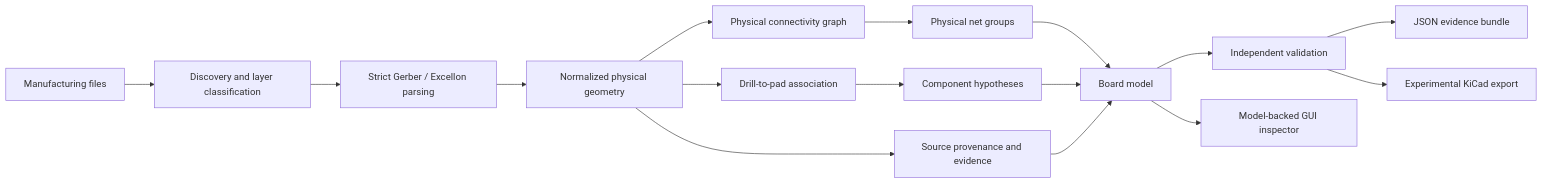
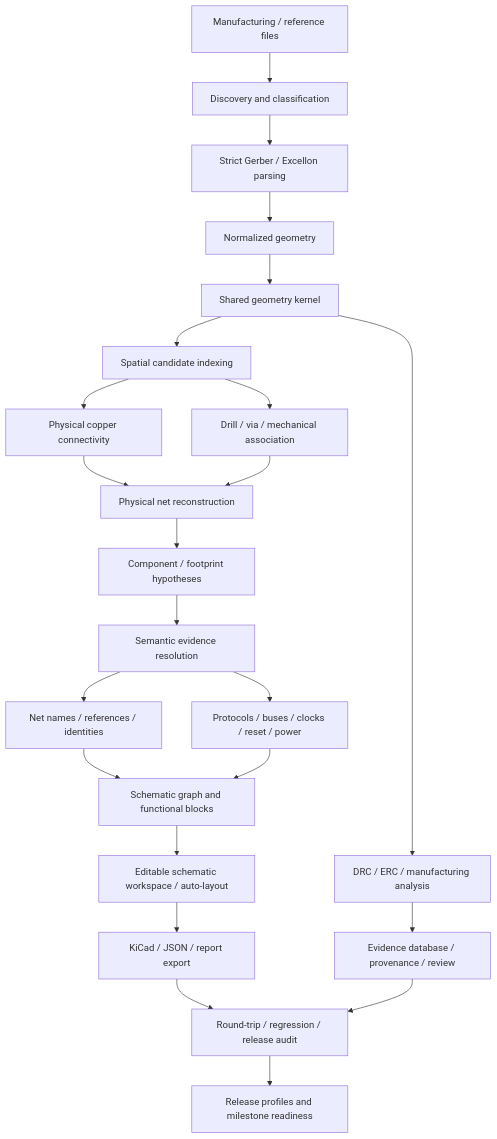
The diagram in README.md (3more102/PHOTONX_EDA_PCB), drawn with Mermaid before and after one commit. The commit also changed other lines of this file, not shown here.

Commit message:
Update README for current PHOTONX architecture and readiness

````diff
--- a/README.md
+++ b/README.md
@@ -22,18 +44,25 @@
 ```mermaid
-flowchart LR
-    A[Manufacturing files] --> B[Discovery and layer classification]
+flowchart TD
+    A[Manufacturing / reference files] --> B[Discovery and classification]
     B --> C[Strict Gerber / Excellon parsing]
-    C --> D[Normalized physical geometry]
-    D --> E[Source provenance and evidence]
-    D --> F[Drill-to-pad association]
-    D --> G[Physical connectivity graph]
-    G --> H[Physical net groups]
-    F --> I[Component hypotheses]
-    H --> J[Board model]
-    I --> J
-    E --> J
-    J --> K[Independent validation]
-    K --> L[JSON evidence bundle]
-    K --> M[Experimental KiCad export]
-    J --> N[Model-backed GUI inspector]
+    C --> D[Normalized geometry]
+    D --> E[Shared geometry kernel]
+    E --> F[Spatial candidate indexing]
+    F --> G[Physical copper connectivity]
+    F --> H[Drill / via / mechanical association]
+    G --> I[Physical net reconstruction]
+    H --> I
+    I --> J[Component / footprint hypotheses]
+    J --> K[Semantic evidence resolution]
+    K --> L[Net names / references / identities]
+    K --> M[Protocols / buses / clocks / reset / power]
+    L --> N[Schematic graph and functional blocks]
+    M --> N
+    N --> O[Editable schematic workspace / auto-layout]
+    O --> P[KiCad / JSON / report export]
+    E --> Q[DRC / ERC / manufacturing analysis]
+    Q --> R[Evidence database / provenance / review]
+    P --> S[Round-trip / regression / release audit]
+    R --> S
+    S --> T[Release profiles and milestone readiness]
 ```
````
